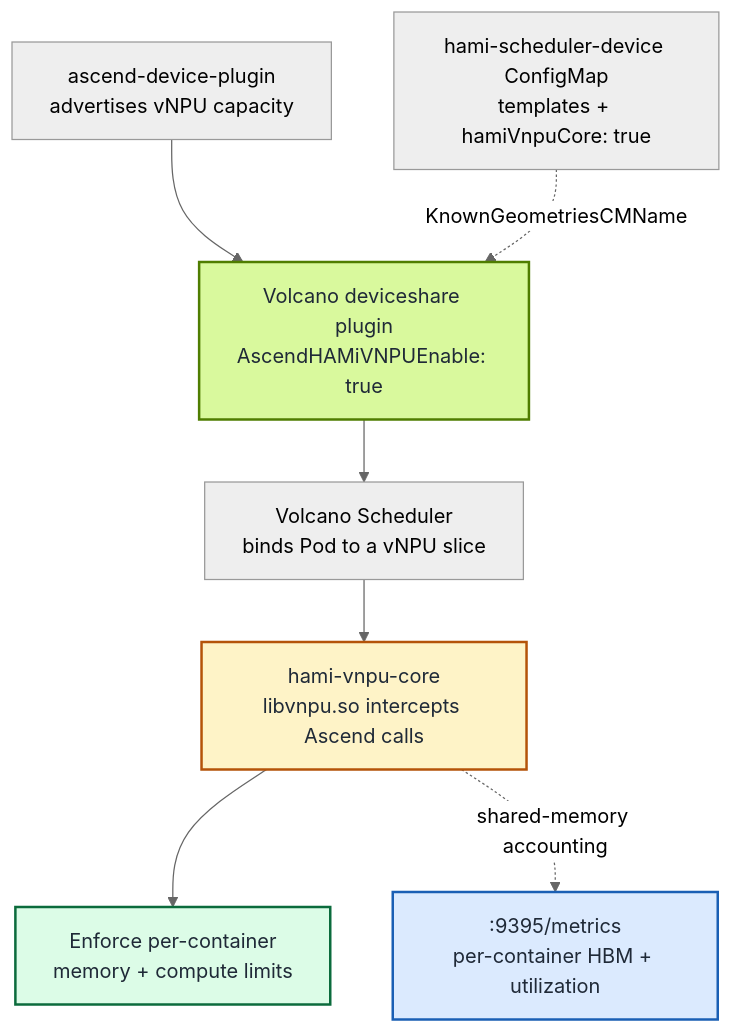
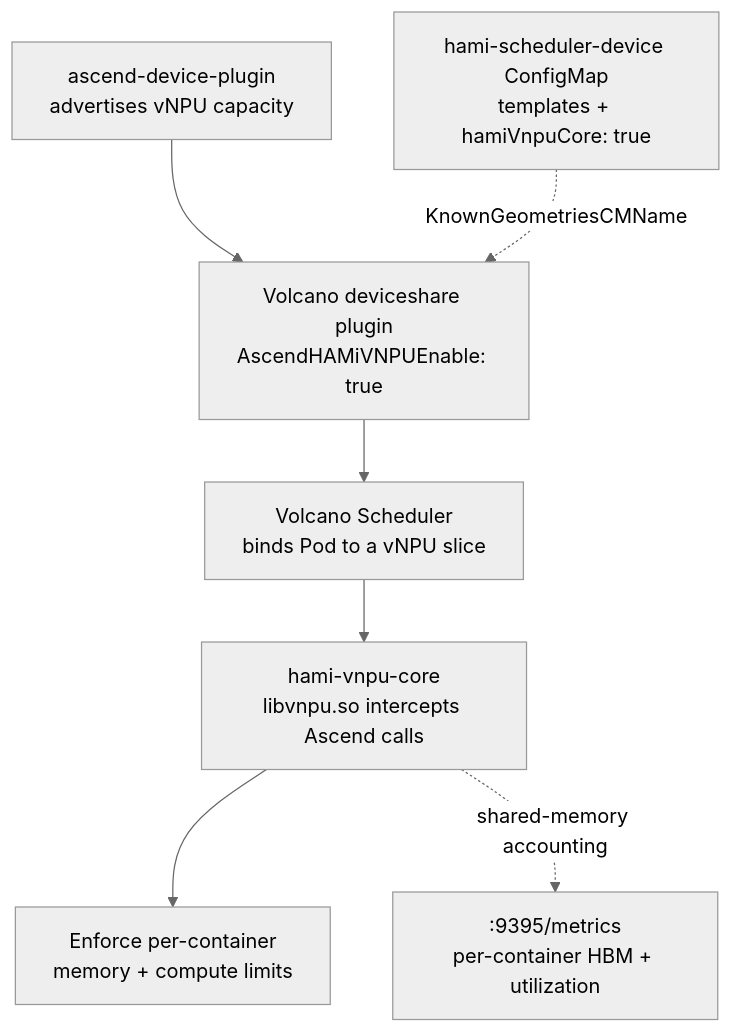
The diagram in blog/volcano-ascend-vnpu-soft-slicing/index.md (Project-HAMi/website), drawn with Mermaid (neutral theme) before and after one commit. The commit also changed 6 other files, not shown here.

Commit message:
fix(ui): migrate volcano mermaid fills and rename kai to accent

````diff
--- a/blog/volcano-ascend-vnpu-soft-slicing/index.md
+++ b/blog/volcano-ascend-vnpu-soft-slicing/index.md
@@ -111,21 +111,21 @@
 ```mermaid
 %% title: Volcano HAMi-mode Ascend vNPU soft-slicing path
 graph TD
     CAP["ascend-device-plugin<br/>advertises vNPU capacity"]
     CM["hami-scheduler-device ConfigMap<br/>templates + hamiVnpuCore: true"]
     VOL["Volcano deviceshare plugin<br/>AscendHAMiVNPUEnable: true"]
     SCHD["Volcano Scheduler<br/>binds Pod to a vNPU slice"]
     HOOK["hami-vnpu-core<br/>libvnpu.so intercepts Ascend calls"]
     ENF["Enforce per-container<br/>memory + compute limits"]
     MON[":9395/metrics<br/>per-container HBM + utilization"]
 
     CAP --> VOL
     CM -. "KnownGeometriesCMName" .-> VOL
     VOL --> SCHD --> HOOK --> ENF
     HOOK -. "shared-memory accounting" .-> MON
 
-    style VOL fill:#d9f99d,stroke:#4f7d00,stroke-width:2px,color:#1f2937
-    style HOOK fill:#fef3c7,stroke:#b45309,stroke-width:2px,color:#1f2937
-    style ENF fill:#dcfce7,stroke:#0b6b3c,stroke-width:2px,color:#1f2937
-    style MON fill:#dbeafe,stroke:#1a5fb4,stroke-width:2px,color:#1f2937
+    class VOL accent
+    class HOOK run
+    class ENF ok
+    class MON info
 ```
````
